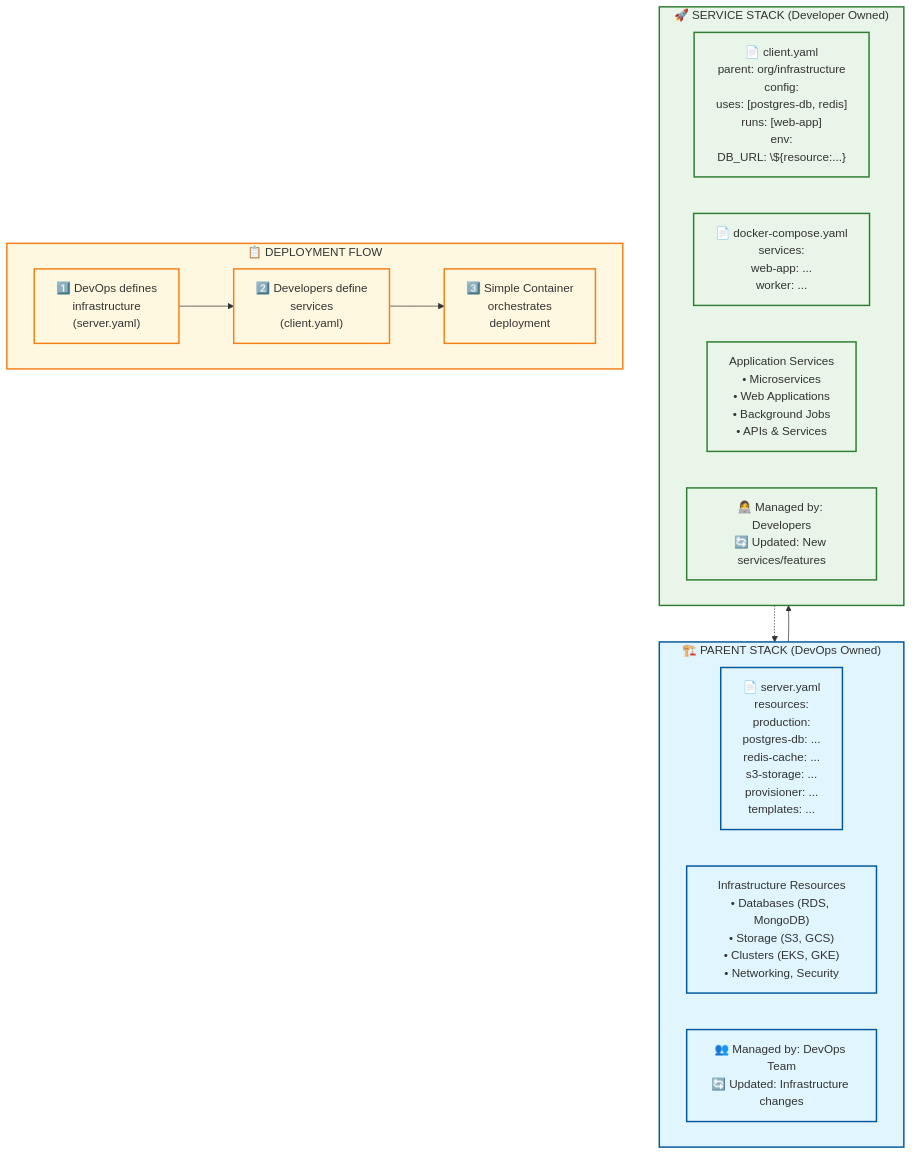
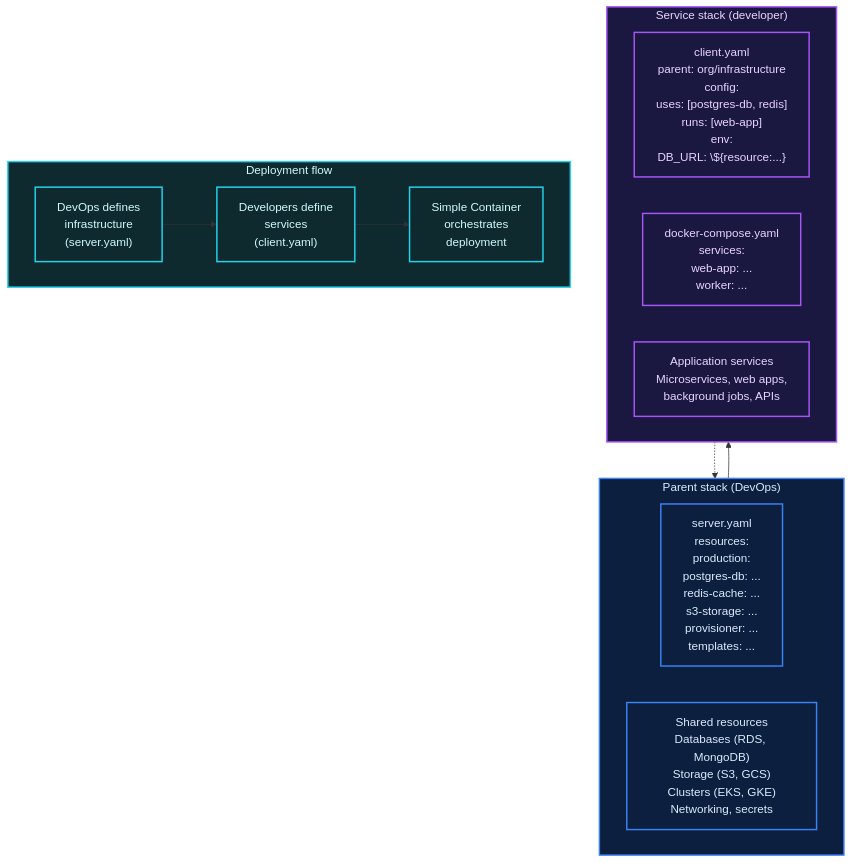
One commit to simple-container-com/api changed the diagram in docs/docs/concepts/main-concepts.md. Above: the diagram before and after it, drawn with Mermaid. The commit also changed other lines of this file and 79 other files, not shown here.

````diff
--- a/docs/docs/concepts/main-concepts.md
+++ b/docs/docs/concepts/main-concepts.md
@@ -16,35 +30,33 @@
 ```mermaid
 graph TB
-    subgraph PS ["🏗️ PARENT STACK (DevOps Owned)"]
-        SY["📄 server.yaml<br/>resources:<br/>  production:<br/>    postgres-db: ...<br/>    redis-cache: ...<br/>    s3-storage: ...<br/>provisioner: ...<br/>templates: ..."]
-        IR["Infrastructure Resources<br/>• Databases (RDS, MongoDB)<br/>• Storage (S3, GCS)<br/>• Clusters (EKS, GKE)<br/>• Networking, Security"]
-        PSN["👥 Managed by: DevOps Team<br/>🔄 Updated: Infrastructure changes"]
+    subgraph PS ["Parent stack (DevOps)"]
+        SY["server.yaml<br/>resources:<br/>  production:<br/>    postgres-db: ...<br/>    redis-cache: ...<br/>    s3-storage: ...<br/>provisioner: ...<br/>templates: ..."]
+        IR["Shared resources<br/>Databases (RDS, MongoDB)<br/>Storage (S3, GCS)<br/>Clusters (EKS, GKE)<br/>Networking, secrets"]
     end
-    
-    subgraph SS ["🚀 SERVICE STACK (Developer Owned)"]
-        CY["📄 client.yaml<br/>parent: org/infrastructure<br/>config:<br/>  uses: [postgres-db, redis]<br/>  runs: [web-app]<br/>  env:<br/>    DB_URL: \${resource:...}"]
-        DC["📄 docker-compose.yaml<br/>services:<br/>  web-app: ...<br/>  worker: ..."]
-        AS["Application Services<br/>• Microservices<br/>• Web Applications<br/>• Background Jobs<br/>• APIs & Services"]
-        SSN["👩‍💻 Managed by: Developers<br/>🔄 Updated: New services/features"]
+
+    subgraph SS ["Service stack (developer)"]
+        CY["client.yaml<br/>parent: org/infrastructure<br/>config:<br/>  uses: [postgres-db, redis]<br/>  runs: [web-app]<br/>  env:<br/>    DB_URL: \${resource:...}"]
+        DC["docker-compose.yaml<br/>services:<br/>  web-app: ...<br/>  worker: ..."]
+        AS["Application services<br/>Microservices, web apps,<br/>background jobs, APIs"]
     end
-    
-    subgraph DF ["📋 DEPLOYMENT FLOW"]
-        S1["1️⃣ DevOps defines<br/>infrastructure<br/>(server.yaml)"]
-        S2["2️⃣ Developers define<br/>services<br/>(client.yaml)"]
-        S3["3️⃣ Simple Container<br/>orchestrates<br/>deployment"]
-        
+
+    subgraph DF ["Deployment flow"]
+        S1["DevOps defines<br/>infrastructure<br/>(server.yaml)"]
+        S2["Developers define<br/>services<br/>(client.yaml)"]
+        S3["Simple Container<br/>orchestrates<br/>deployment"]
+
         S1 --> S2
         S2 --> S3
     end
-    
+
     PS --> SS
     SS -.-> PS
-    
-    classDef parentStack fill:#e1f5fe,stroke:#01579b,stroke-width:2px
-    classDef serviceStack fill:#e8f5e8,stroke:#2e7d32,stroke-width:2px
-    classDef deployFlow fill:#fff8e1,stroke:#f57f17,stroke-width:2px
-    
-    class PS,SY,IR,PSN parentStack
-    class SS,CY,DC,AS,SSN serviceStack
+
+    classDef parentStack fill:#0c1f3f,stroke:#3b82f6,stroke-width:2px,color:#dbeafe
+    classDef serviceStack fill:#1a1740,stroke:#a855f7,stroke-width:2px,color:#e9d5ff
+    classDef deployFlow fill:#0f2a2e,stroke:#22d3ee,stroke-width:2px,color:#cffafe
+
+    class PS,SY,IR parentStack
+    class SS,CY,DC,AS serviceStack
     class DF,S1,S2,S3 deployFlow
 ```
````
